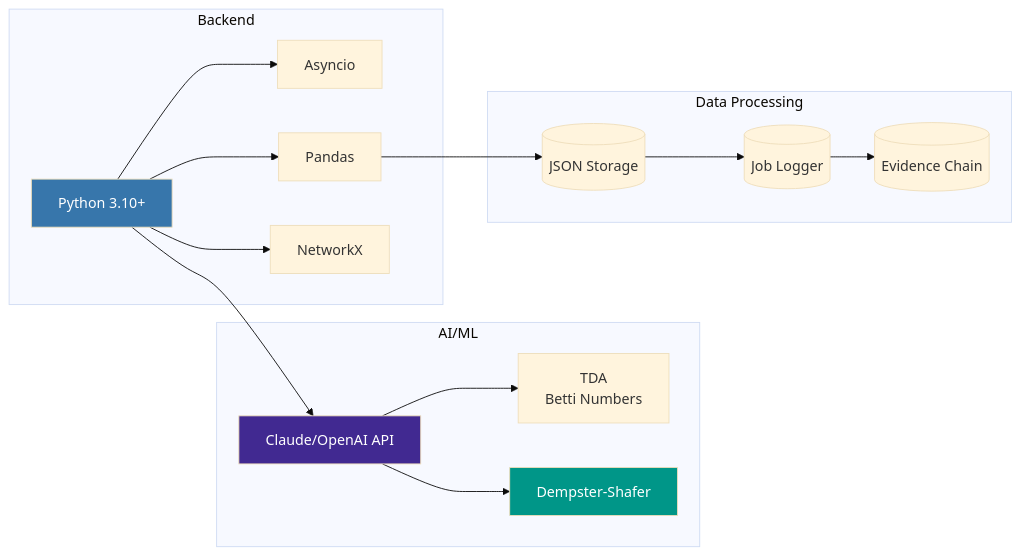
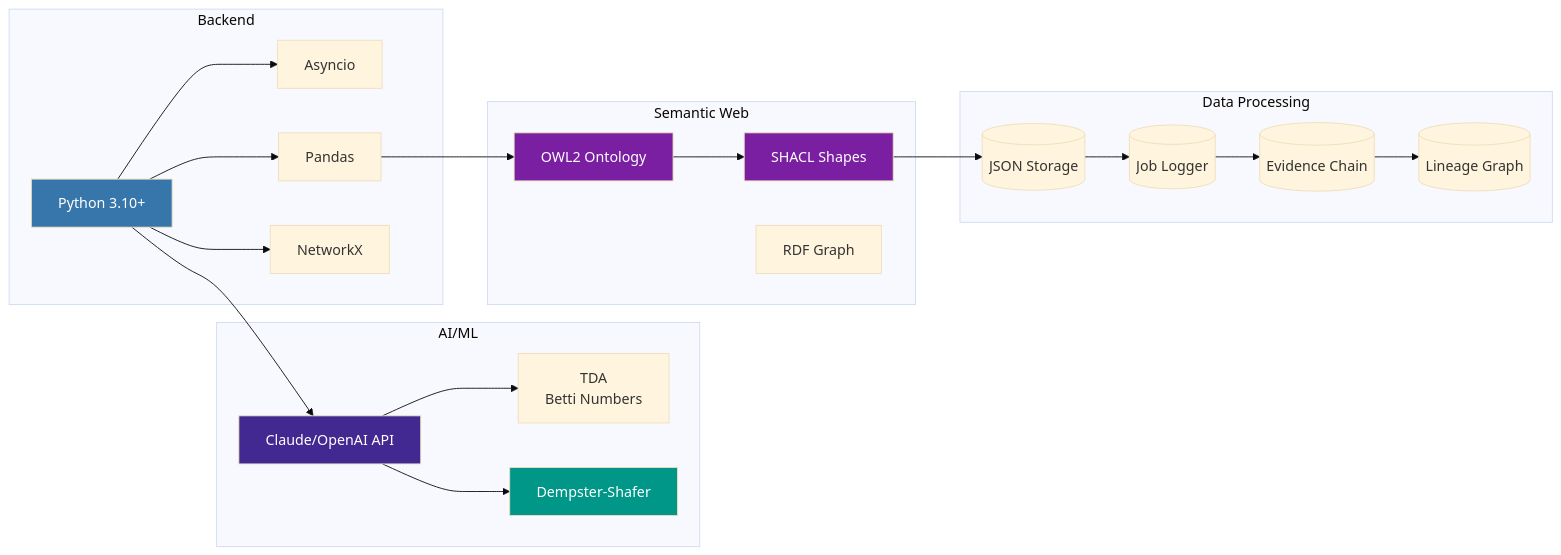
The fifth of 9 diagrams in docs/diagrams/01-system-architecture.md (sabill123/ontology), drawn with Mermaid (base theme) before and after one commit. The commit also changed other lines of this file and 176 other files, not shown here.

````diff
--- a/docs/diagrams/01-system-architecture.md
+++ b/docs/diagrams/01-system-architecture.md
@@ -112,33 +278,43 @@
 ```mermaid
 graph LR
     subgraph "Backend"
         PY[Python 3.10+]
         ASYNC[Asyncio]
         PD[Pandas]
         NX[NetworkX]
     end
 
     subgraph "AI/ML"
         LLM[Claude/OpenAI API]
         TDA[TDA<br/>Betti Numbers]
         DS[Dempster-Shafer]
     end
 
+    subgraph "Semantic Web"
+        OWL[OWL2 Ontology]
+        SHACL[SHACL Shapes]
+        RDF[RDF Graph]
+    end
+
     subgraph "Data Processing"
         JSON[(JSON Storage)]
         LOG[(Job Logger)]
         EC[(Evidence Chain)]
+        LIN[(Lineage Graph)]
     end
 
     PY --> ASYNC
     PY --> PD & NX
     PY --> LLM
     LLM --> TDA & DS
-    PD --> JSON
+    PD --> OWL --> SHACL
+    SHACL --> JSON
     JSON --> LOG
-    LOG --> EC
+    LOG --> EC --> LIN
 
     style PY fill:#3776ab,color:#fff
     style LLM fill:#412991,color:#fff
     style DS fill:#009688,color:#fff
+    style OWL fill:#7b1fa2,color:#fff
+    style SHACL fill:#7b1fa2,color:#fff
 ```
````
